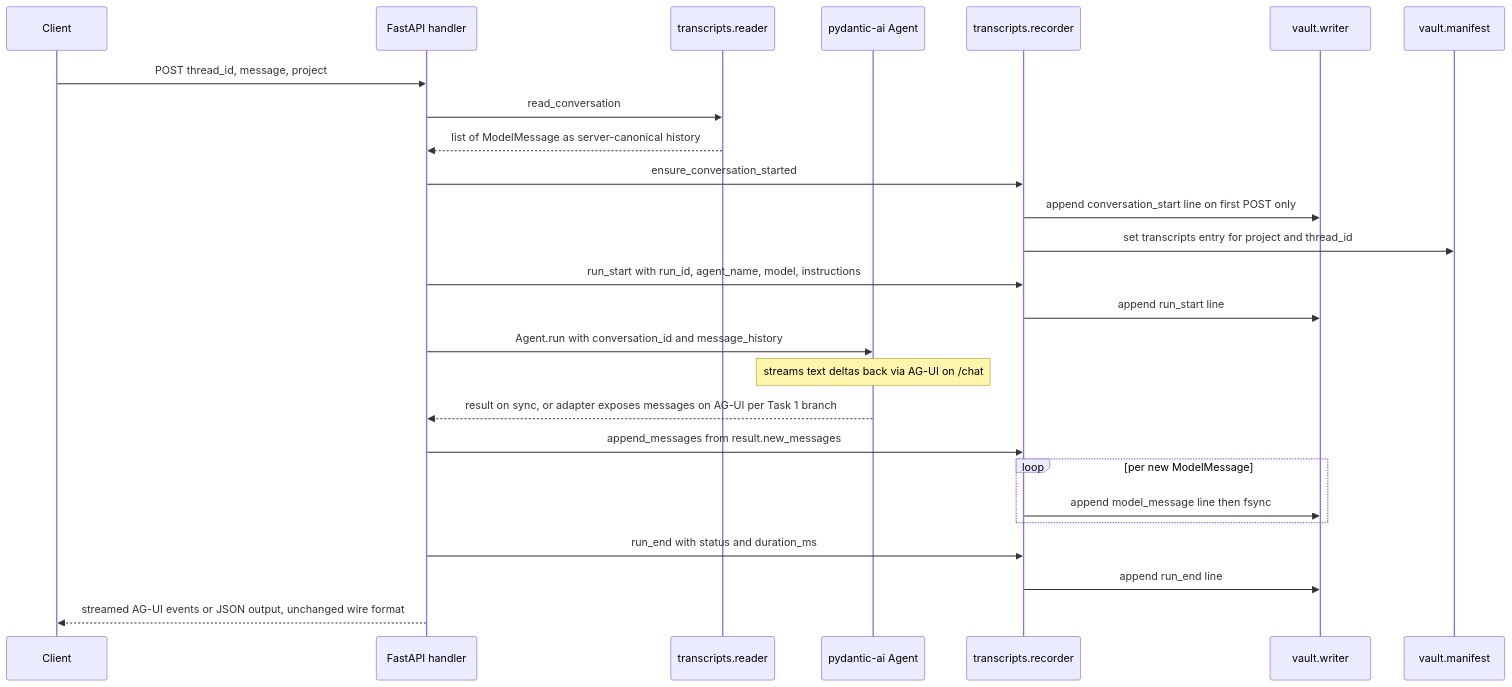
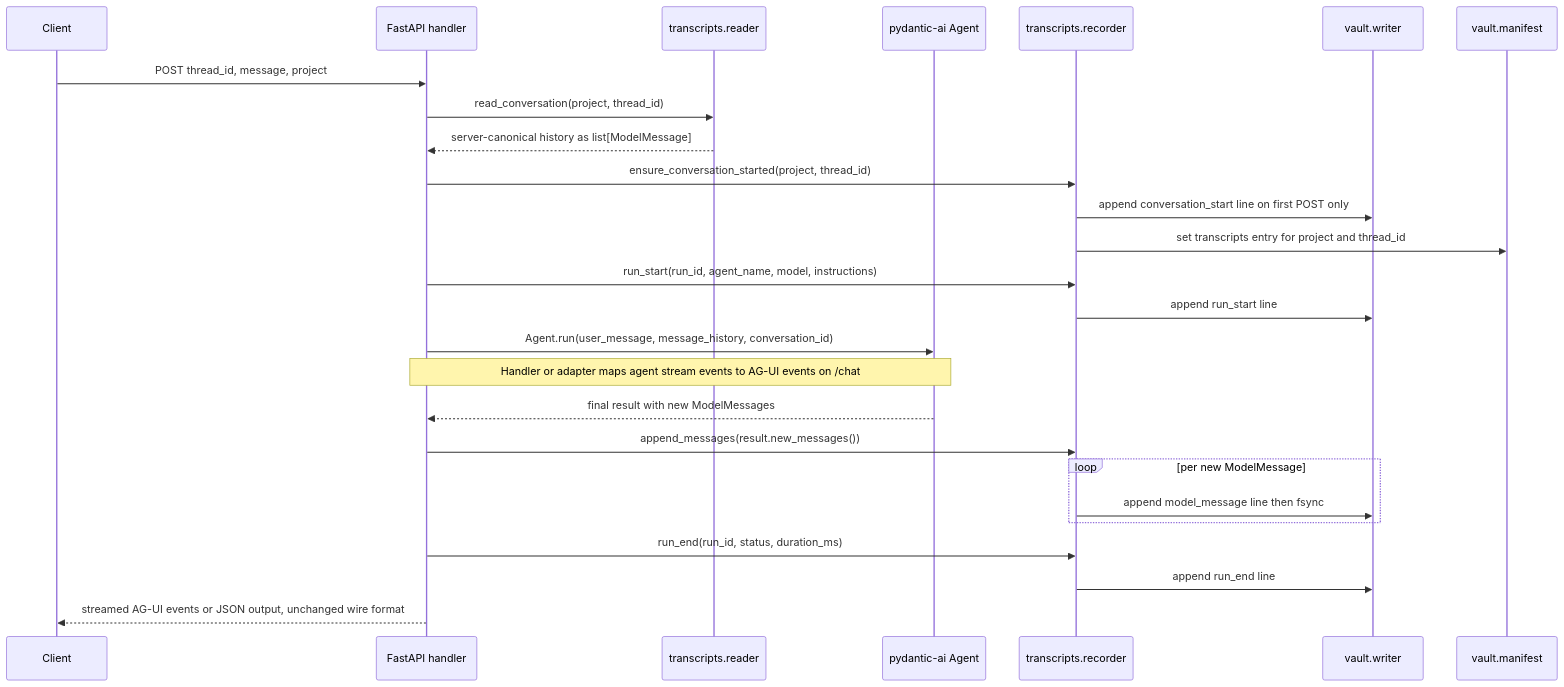
One commit to scott-clark-foundry/appa changed the diagram in docs/plans/03-transcripts.md. Above: the diagram before and after it, drawn with Mermaid. The commit also changed 1 other file, not shown here.

Commit message:
docs: prefer scott's mermaid version for phase 1 design; tbc-notes for cleanup-pass session
Scott reauthored the §03 Design sequenceDiagram with cleaner grouping
(blank lines between logical segments), restored function-call signatures
in arrow messages, and used Note over H,A: to capture the cross-actor
nature of the AG-UI mapping. SVG via mmdc renders fine; the earlier
VSCode preview failure was the extension's mermaid version, not the
diagram syntax.

tbc-notes captures three new doc-lifecycle rules that landed during
triage and need to graduate to CLAUDE.md: old plans are frozen, specs
edit only if load-bearing, implementer-authored references are
canonical going forward.

````diff
--- a/docs/plans/03-transcripts.md
+++ b/docs/plans/03-transcripts.md
@@ -60,29 +60,35 @@
 ```mermaid
 sequenceDiagram
   participant C as Client
   participant H as FastAPI handler
   participant R as transcripts.reader
   participant A as pydantic-ai Agent
   participant Rec as transcripts.recorder
   participant W as vault.writer
   participant M as vault.manifest
 
   C->>H: POST thread_id, message, project
-  H->>R: read_conversation
-  R-->>H: list of ModelMessage as server-canonical history
-  H->>Rec: ensure_conversation_started
+  H->>R: read_conversation(project, thread_id)
+  R-->>H: server-canonical history as list[ModelMessage]
+
+  H->>Rec: ensure_conversation_started(project, thread_id)
   Rec->>W: append conversation_start line on first POST only
   Rec->>M: set transcripts entry for project and thread_id
-  H->>Rec: run_start with run_id, agent_name, model, instructions
+
+  H->>Rec: run_start(run_id, agent_name, model, instructions)
   Rec->>W: append run_start line
-  H->>A: Agent.run with conversation_id and message_history
-  Note over A: streams text deltas back via AG-UI on /chat
-  A-->>H: result on sync, or adapter exposes messages on AG-UI per Task 1 branch
-  H->>Rec: append_messages from result.new_messages
+
+  H->>A: Agent.run(user_message, message_history, conversation_id)
+  Note over H,A: Handler or adapter maps agent stream events to AG-UI events on /chat
+  A-->>H: final result with new ModelMessages
+
+  H->>Rec: append_messages(result.new_messages())
   loop per new ModelMessage
     Rec->>W: append model_message line then fsync
   end
-  H->>Rec: run_end with status and duration_ms
+
+  H->>Rec: run_end(run_id, status, duration_ms)
   Rec->>W: append run_end line
+
   H-->>C: streamed AG-UI events or JSON output, unchanged wire format
 ```
````
